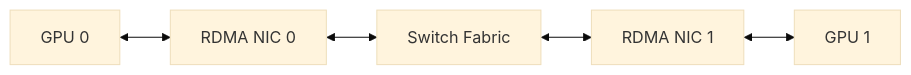
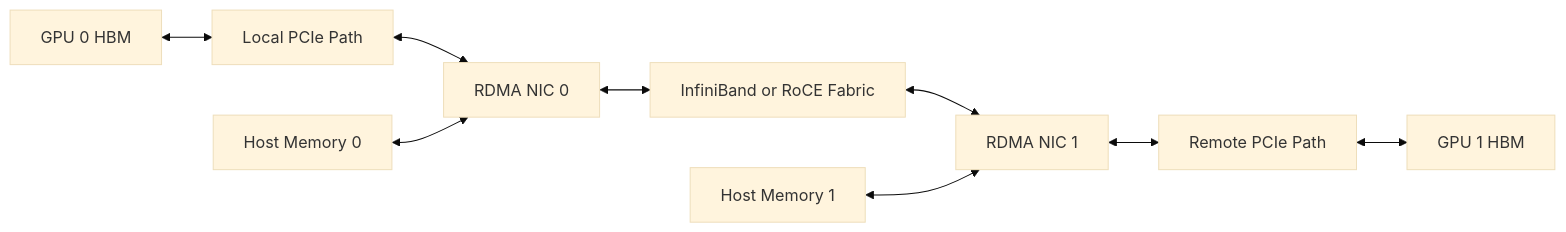
Before and after one commit to jithinpnjm/nvidia-devops: the diagram in docs/nvidia-zero-to-hero/volume-07/labs/lab-03-benchmark-rdma-and-gpudirect-paths.md, drawn with Mermaid (base theme). The commit also changed other lines of this file, not shown here.

````diff
--- a/docs/nvidia-zero-to-hero/volume-07/labs/lab-03-benchmark-rdma-and-gpudirect-paths.md
+++ b/docs/nvidia-zero-to-hero/volume-07/labs/lab-03-benchmark-rdma-and-gpudirect-paths.md
@@ -31,7 +47,16 @@
 ```mermaid
 flowchart LR
-    GPU0[GPU 0] <--> NIC0[RDMA NIC 0]
-    NIC0 <--> SW[Switch Fabric]
-    SW <--> NIC1[RDMA NIC 1]
-    NIC1 <--> GPU1[GPU 1]
+    G0[GPU 0 HBM]
+    P0[Local PCIe Path]
+    N0[RDMA NIC 0]
+    F[InfiniBand or RoCE Fabric]
+    N1[RDMA NIC 1]
+    P1[Remote PCIe Path]
+    G1[GPU 1 HBM]
+    H0[Host Memory 0]
+    H1[Host Memory 1]
+
+    G0 <--> P0 <--> N0 <--> F <--> N1 <--> P1 <--> G1
+    H0 <--> N0
+    H1 <--> N1
 ```
````
